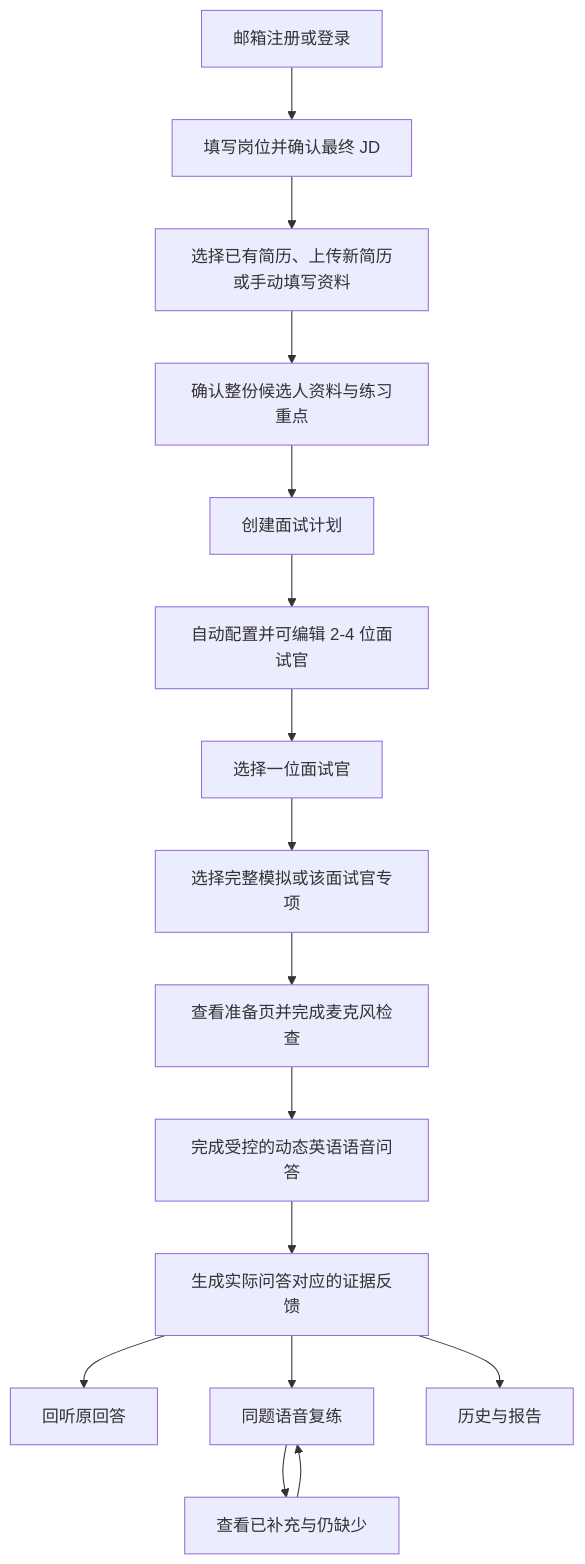
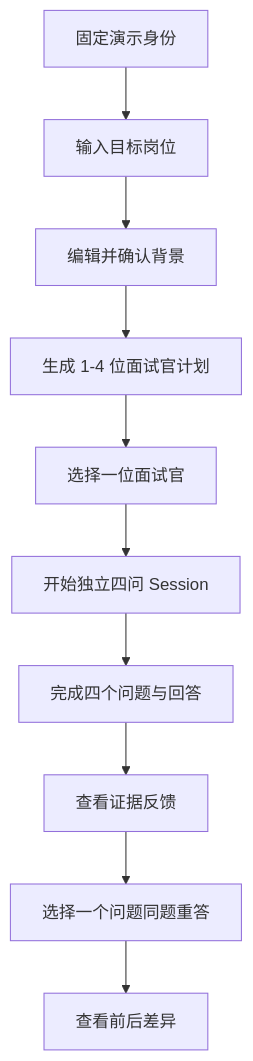
Before and after one commit to Lq0412/ai-en-coach: the diagram in docs/ms1/week2/林锵/2026-07-14-ms1-interview-prd-design.md, drawn with Mermaid. The commit also changed other lines of this file, not shown here.

First line of the commit message:
docs(ms1): 按已接受提案收敛图文 PRD

````diff
--- a/docs/ms1/week2/林锵/2026-07-14-ms1-interview-prd-design.md
+++ b/docs/ms1/week2/林锵/2026-07-14-ms1-interview-prd-design.md
@@ -107,18 +87,12 @@
 ```mermaid
 flowchart TD
-  A[邮箱注册或登录] --> B[填写岗位并确认最终 JD]
-  B --> C[选择已有简历、上传新简历或手动填写资料]
-  C --> D[确认整份候选人资料与练习重点]
-  D --> E[创建面试计划]
-  E --> F[自动配置并可编辑 2-4 位面试官]
-  F --> G[选择一位面试官]
-  G --> H[选择完整模拟或该面试官专项]
-  H --> I[查看准备页并完成麦克风检查]
-  I --> J[完成受控的动态英语语音问答]
-  J --> K[生成实际问答对应的证据反馈]
-  K --> L[回听原回答]
-  K --> M[同题语音复练]
-  M --> N[查看已补充与仍缺少]
-  N --> M
-  K --> O[历史与报告]
+  A[固定演示身份] --> B[输入目标岗位]
+  B --> C[编辑并确认背景]
+  C --> D[生成 1-4 位面试官计划]
+  D --> E[选择一位面试官]
+  E --> F[开始独立四问 Session]
+  F --> G[完成四个问题与回答]
+  G --> H[查看证据反馈]
+  H --> I[选择一个问题同题重答]
+  I --> J[查看前后差异]
 ```
````
